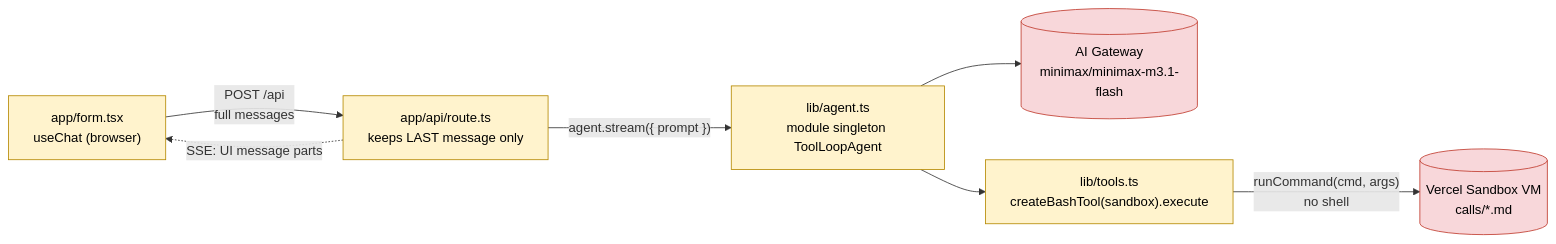
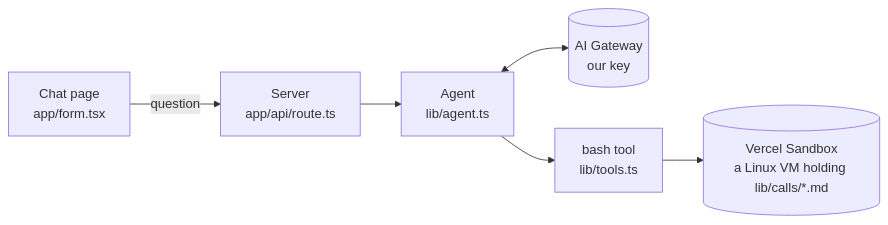
One commit to khushpanchal/filesystem-agent changed the first of 3 diagrams in docs/hld.md. Above: the diagram before and after it, drawn with Mermaid. The commit also changed other lines of this file and 3 other files, not shown here.

````diff
--- a/docs/hld.md
+++ b/docs/hld.md
@@ -15,14 +13,8 @@
 ```mermaid
 flowchart LR
-  F["app/form.tsx<br/>useChat (browser)"] -- "POST /api<br/>full messages" --> R["app/api/route.ts<br/>keeps LAST message only"]
-  R -- "agent.stream({ prompt })" --> A["lib/agent.ts<br/>module singleton ToolLoopAgent"]
-  A --> G[("AI Gateway<br/>minimax/minimax-m3.1-flash")]
-  A --> T["lib/tools.ts<br/>createBashTool(sandbox).execute"]
-  T -- "runCommand(cmd, args)<br/>no shell" --> SB[("Vercel Sandbox VM<br/>calls/*.md")]
-  R -. "SSE: UI message parts" .-> F
-
-  classDef change fill:#fff3cd,stroke:#b58900,color:#000
-  classDef remove fill:#f8d7da,stroke:#c0392b,color:#000
-  class F,R,A,T change
-  class G,SB remove
+  F["Chat page<br/>app/form.tsx"] -- "question" --> R["Server<br/>app/api/route.ts"]
+  R --> A["Agent<br/>lib/agent.ts"]
+  A <--> G[("AI Gateway<br/>our key")]
+  A --> T["bash tool<br/>lib/tools.ts"]
+  T --> SB[("Vercel Sandbox<br/>a Linux VM holding lib/calls/*.md")]
 ```
````
